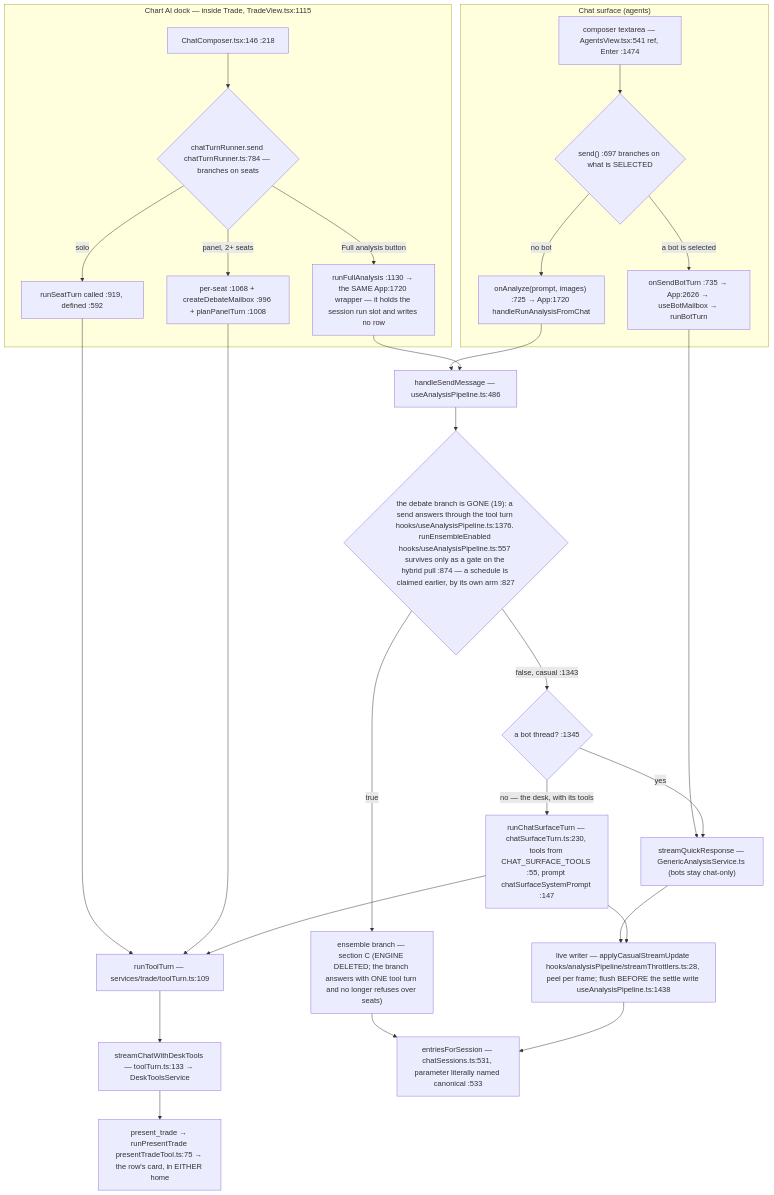
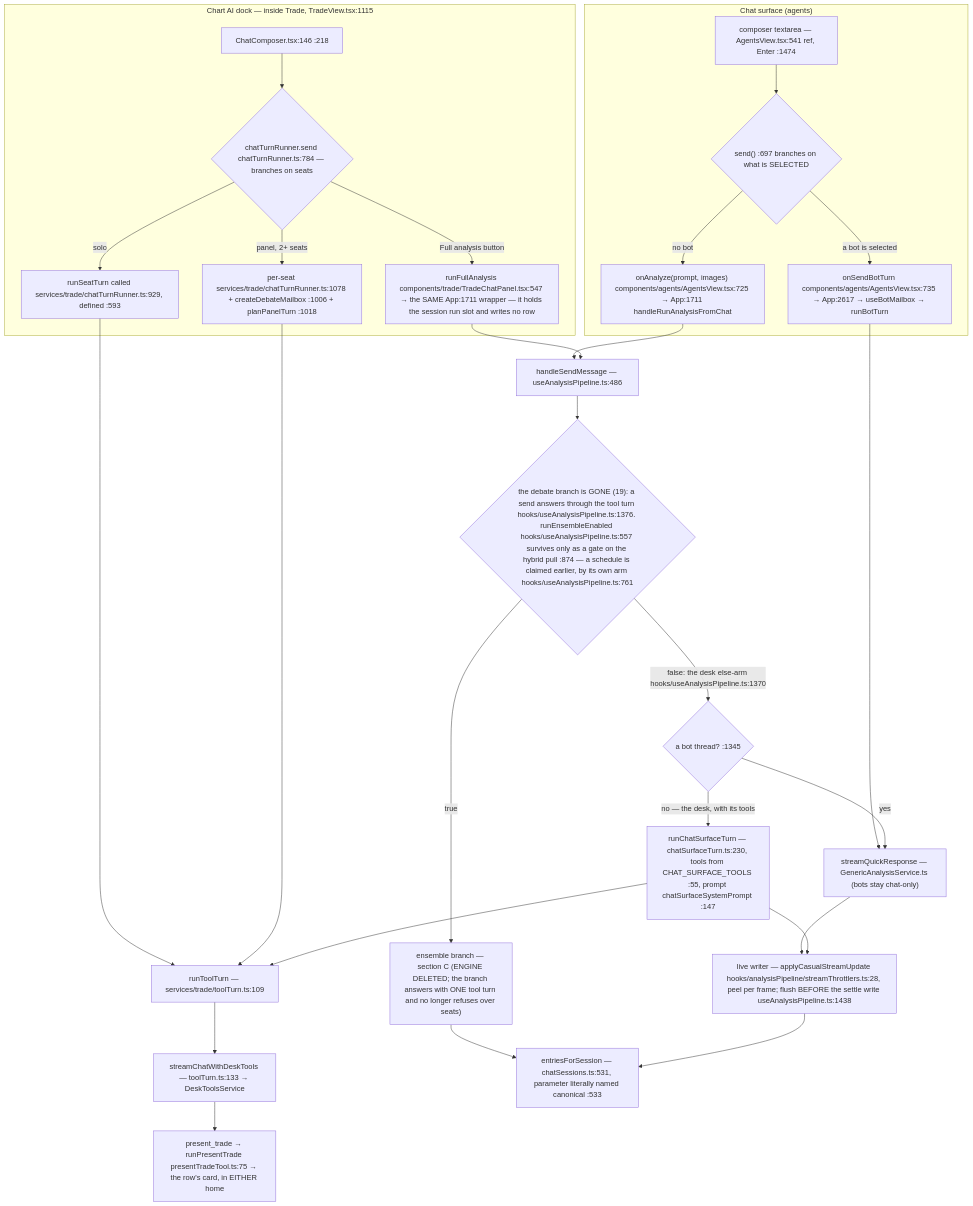
The second of 7 diagrams in docs/app-flow.md (Acepay25/august-3.5), drawn with Mermaid before and after one commit. The commit also changed other lines of this file and 2 other files, not shown here.

First line of the commit message:
docs(app-flow): qualify every line number, which found six of them wrong

````diff
--- a/docs/app-flow.md
+++ b/docs/app-flow.md
@@ -50,31 +50,31 @@
 ```mermaid
 flowchart TD
     subgraph CHAT["Chat surface (agents)"]
         CB["composer textarea — AgentsView.tsx:541 ref, Enter :1474"] --> D1{"send() :697 branches on what is SELECTED"}
-        D1 -->|a bot is selected| BOT["onSendBotTurn :735 → App:2626 → useBotMailbox → runBotTurn"]
-        D1 -->|no bot| AN["onAnalyze(prompt, images) :725 → App:1720 handleRunAnalysisFromChat"]
+        D1 -->|a bot is selected| BOT["onSendBotTurn components/agents/AgentsView.tsx:735 → App:2617 → useBotMailbox → runBotTurn"]
+        D1 -->|no bot| AN["onAnalyze(prompt, images) components/agents/AgentsView.tsx:725 → App:1711 handleRunAnalysisFromChat"]
     end
     subgraph DOCK["Chart AI dock — inside Trade, TradeView.tsx:1115"]
         DC["ChatComposer.tsx:146 :218"] --> D2{"chatTurnRunner.send chatTurnRunner.ts:784 — branches on seats"}
-        D2 -->|solo| SO["runSeatTurn called :919, defined :592"]
-        D2 -->|panel, 2+ seats| PN["per-seat :1068 + createDebateMailbox :996 + planPanelTurn :1008"]
-        D2 -->|Full analysis button| FA["runFullAnalysis :1130 → the SAME App:1720 wrapper — it holds the session run slot and writes no row"]
+        D2 -->|solo| SO["runSeatTurn called services/trade/chatTurnRunner.ts:929, defined :593"]
+        D2 -->|panel, 2+ seats| PN["per-seat services/trade/chatTurnRunner.ts:1078 + createDebateMailbox :1006 + planPanelTurn :1018"]
+        D2 -->|Full analysis button| FA["runFullAnalysis components/trade/TradeChatPanel.tsx:547 → the SAME App:1711 wrapper — it holds the session run slot and writes no row"]
     end
     SO --> TT["runToolTurn — services/trade/toolTurn.ts:109"]
     PN --> TT
     TT --> SCDT["streamChatWithDeskTools — toolTurn.ts:133 → DeskToolsService"]
     BOT --> TR["streamQuickResponse — GenericAnalysisService.ts (bots stay chat-only)"]
     AN --> HSM["handleSendMessage — useAnalysisPipeline.ts:486"]
     FA --> HSM
-    HSM --> D3{"the debate branch is GONE (19): a send answers through the tool turn hooks/useAnalysisPipeline.ts:1376. runEnsembleEnabled hooks/useAnalysisPipeline.ts:557 survives only as a gate on the hybrid pull :874 — a schedule is claimed earlier, by its own arm :827"}
+    HSM --> D3{"the debate branch is GONE (19): a send answers through the tool turn hooks/useAnalysisPipeline.ts:1376. runEnsembleEnabled hooks/useAnalysisPipeline.ts:557 survives only as a gate on the hybrid pull :874 — a schedule is claimed earlier, by its own arm hooks/useAnalysisPipeline.ts:761"}
     D3 -->|true| ENS["ensemble branch — section C (ENGINE DELETED; the branch answers with ONE tool turn and no longer refuses over seats)"]
-    D3 -->|false, casual :1343| SPLIT{"a bot thread? :1345"}
+    D3 -->|false: the desk else-arm hooks/useAnalysisPipeline.ts:1370| SPLIT{"a bot thread? :1345"}
     SPLIT -->|yes| TR
     SPLIT -->|no — the desk, with its tools| CST["runChatSurfaceTurn — chatSurfaceTurn.ts:230, tools from CHAT_SURFACE_TOOLS :55, prompt chatSurfaceSystemPrompt :147"]
     CST --> TT
     TR --> LW["live writer — applyCasualStreamUpdate hooks/analysisPipeline/streamThrottlers.ts:28, peel per frame; flush BEFORE the settle write useAnalysisPipeline.ts:1438"]
     CST --> LW
     ENS --> MERGE
     LW --> MERGE["entriesForSession — chatSessions.ts:531, parameter literally named canonical :533"]
     SCDT --> PT["present_trade → runPresentTrade presentTradeTool.ts:75 → the row's card, in EITHER home"]
 ```
````
